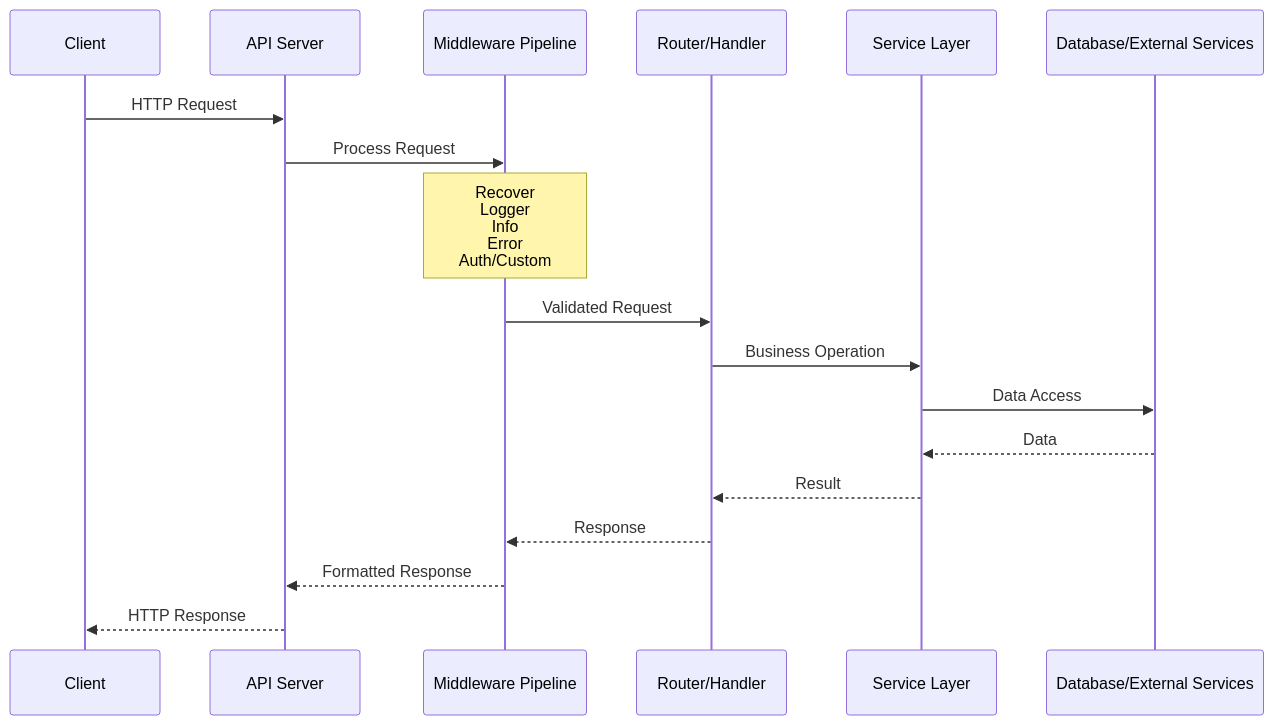
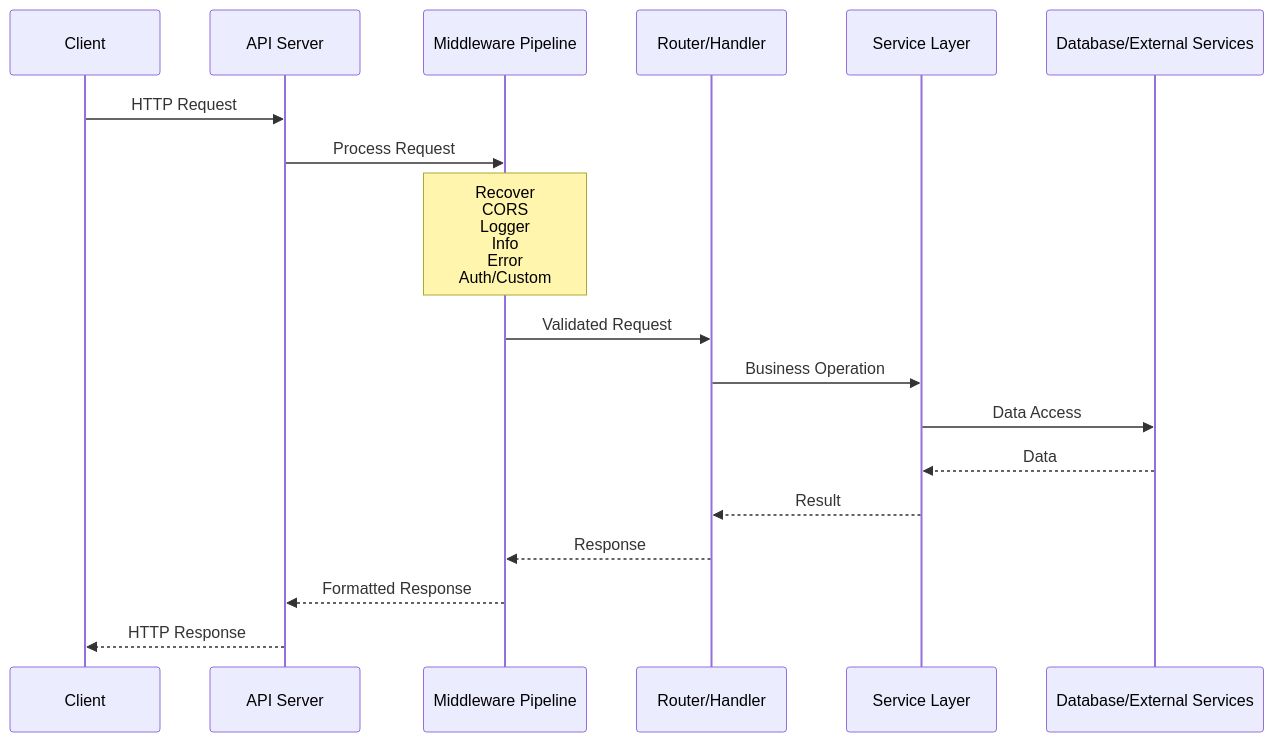
One commit to xhanio/framingo changed the second of 2 diagrams in README.md. Above: the diagram before and after it, drawn with Mermaid. The commit also changed other lines of this file and 22 other files, not shown here.

````diff
--- a/README.md
+++ b/README.md
@@ -123,21 +123,21 @@
 ```mermaid
 sequenceDiagram
     participant Client
     participant APIServer as API Server
     participant Middleware as Middleware Pipeline
     participant Router as Router/Handler
     participant Service as Service Layer
     participant DB as Database/External Services
 
     Client->>APIServer: HTTP Request
     APIServer->>Middleware: Process Request
-    Note over Middleware: Recover<br/>Logger<br/>Info<br/>Error<br/>Auth/Custom
+    Note over Middleware: Recover<br/>CORS<br/>Logger<br/>Info<br/>Error<br/>Auth/Custom
     Middleware->>Router: Validated Request
     Router->>Service: Business Operation
     Service->>DB: Data Access
     DB-->>Service: Data
     Service-->>Router: Result
     Router-->>Middleware: Response
     Middleware-->>APIServer: Formatted Response
     APIServer-->>Client: HTTP Response
 ```
````
